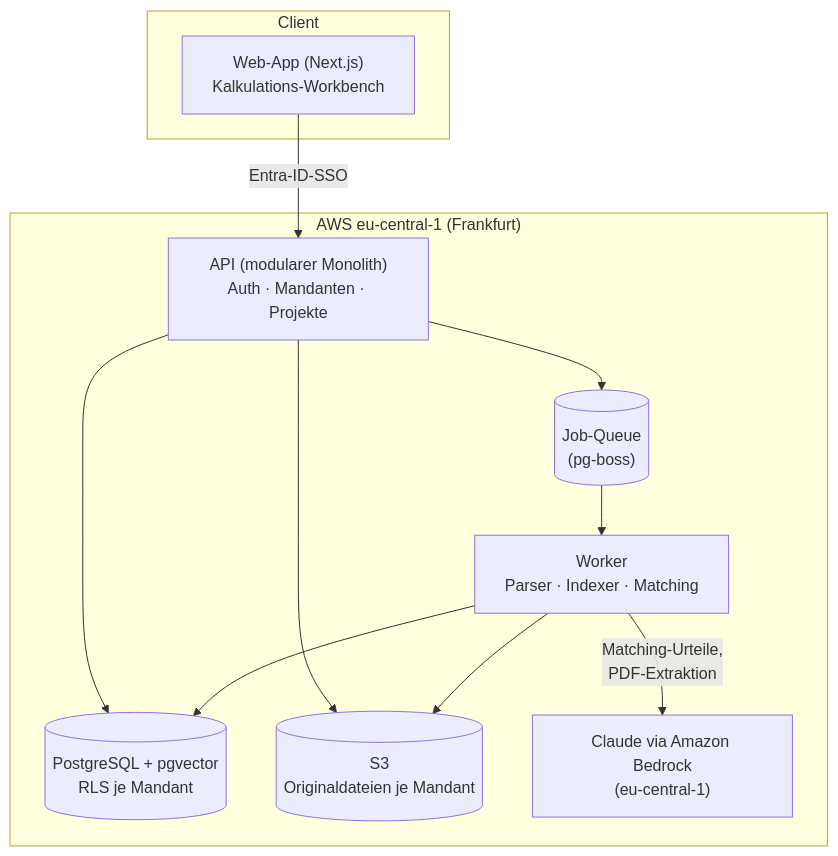
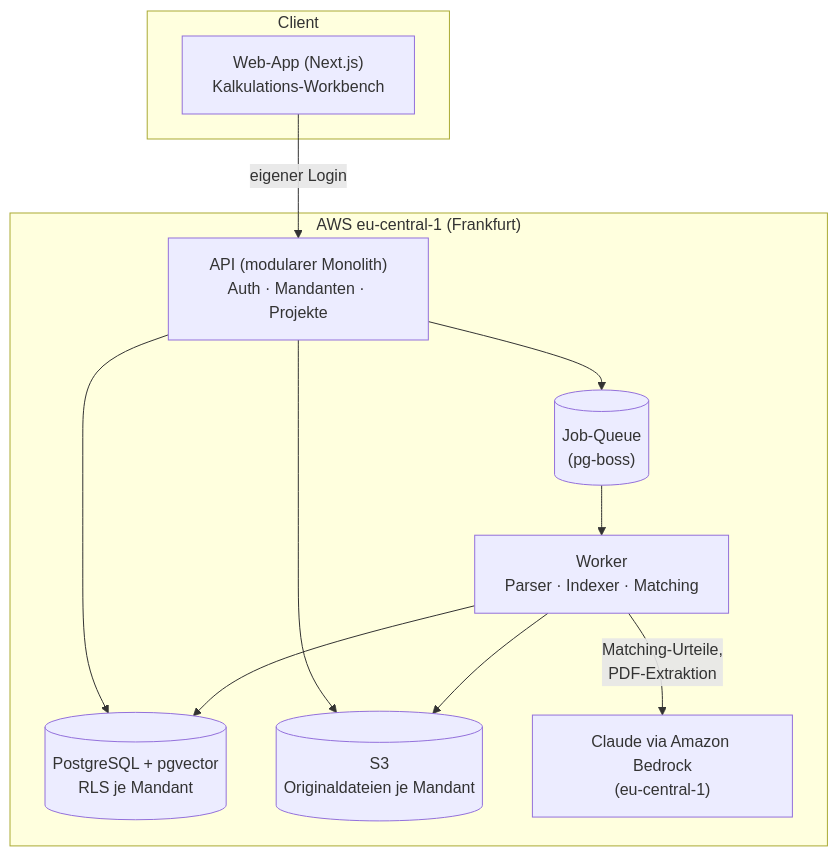
Before and after one commit to Tomadm21/cowork-marketplace: the diagram in docs/strategie/2026-07-24-kalkulations-assistent-architektur.md, drawn with Mermaid. The commit also changed other lines of this file, not shown here.

First line of the commit message:
docs(strategie): Kalkulations-Assistent ohne Microsoft-Bindung — eigene Auth statt Entra ID

````diff
--- a/docs/strategie/2026-07-24-kalkulations-assistent-architektur.md
+++ b/docs/strategie/2026-07-24-kalkulations-assistent-architektur.md
@@ -34,22 +34,22 @@
 ```mermaid
 flowchart TB
     subgraph Client
         UI["Web-App (Next.js)\nKalkulations-Workbench"]
     end
     subgraph AWS["AWS eu-central-1 (Frankfurt)"]
         API["API (modularer Monolith)\nAuth · Mandanten · Projekte"]
         Q[("Job-Queue\n(pg-boss)")]
         W["Worker\nParser · Indexer · Matching"]
         PG[("PostgreSQL + pgvector\nRLS je Mandant")]
         S3[("S3\nOriginaldateien je Mandant")]
         BR["Claude via Amazon Bedrock\n(eu-central-1)"]
     end
-    UI -->|Entra-ID-SSO| API
+    UI -->|eigener Login| API
     API --> PG
     API --> S3
     API --> Q
     Q --> W
     W --> PG
     W --> S3
     W -->|Matching-Urteile,\nPDF-Extraktion| BR
 ```
````
